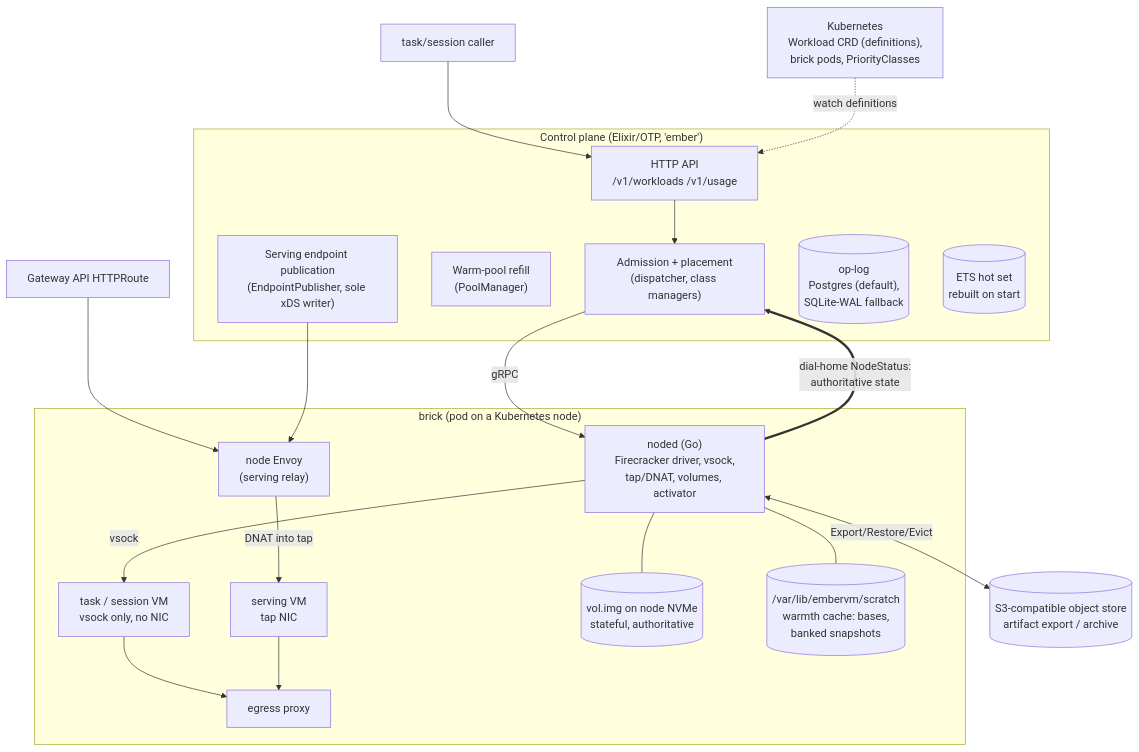
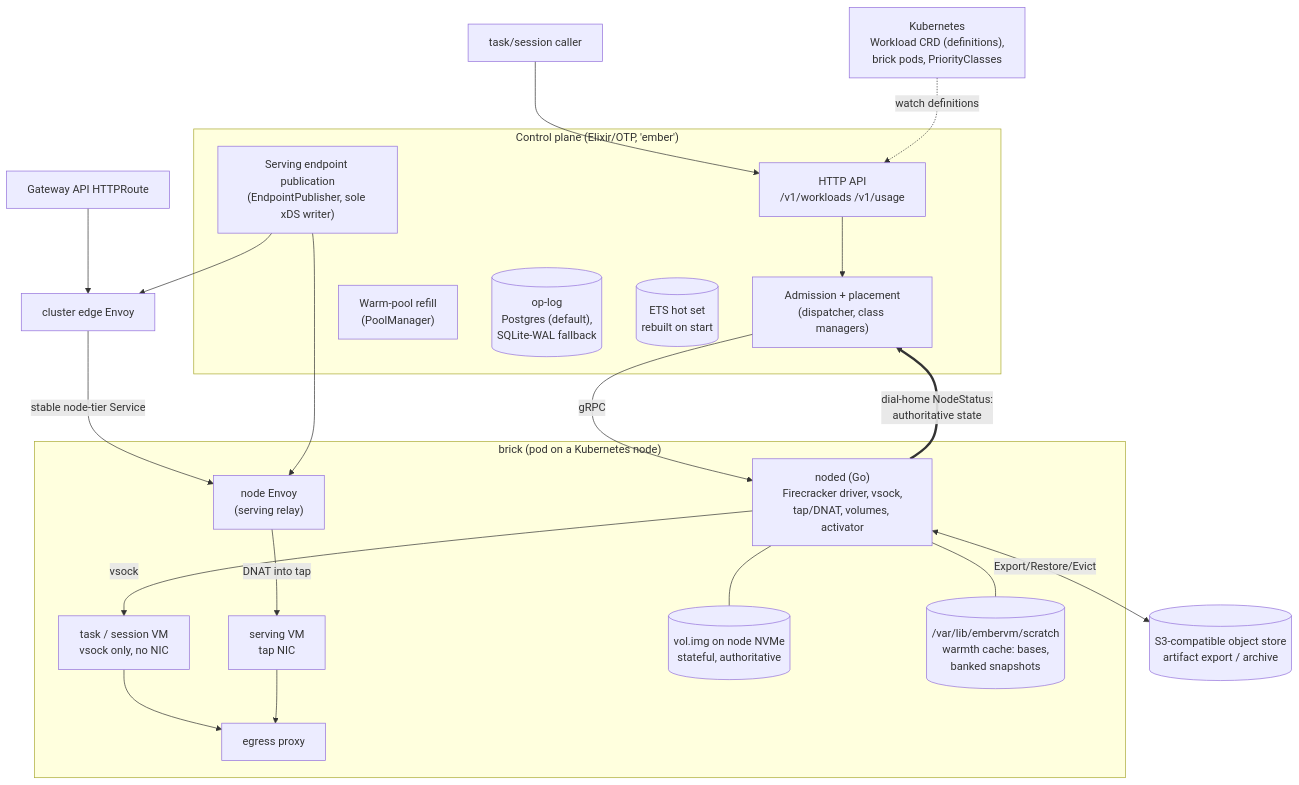
The first of 6 diagrams in projects/embervm/ARCHITECTURE.md (jomcgi-org/homelab), drawn with Mermaid before and after one commit. The commit also changed other lines of this file and 16 other files, not shown here.

Commit message:
feat(embervm): add cluster-serving edge tier

````diff
--- a/projects/embervm/ARCHITECTURE.md
+++ b/projects/embervm/ARCHITECTURE.md
@@ -122,37 +122,38 @@
 ```mermaid
 graph TB
     subgraph cp ["Control plane (Elixir/OTP, 'ember')"]
         API["HTTP API<br/>/v1/workloads /v1/usage"]
         DISP["Admission + placement<br/>(dispatcher, class managers)"]
         POOL["Warm-pool refill<br/>(PoolManager)"]
         XDS["Serving endpoint publication<br/>(EndpointPublisher, sole xDS writer)"]
         OPLOG[("op-log<br/>Postgres (default),<br/>SQLite-WAL fallback")]
         ETS[("ETS hot set<br/>rebuilt on start")]
     end
 
     subgraph node ["brick (pod on a Kubernetes node)"]
         NODED["noded (Go)<br/>Firecracker driver, vsock,<br/>tap/DNAT, volumes, activator"]
         ENVOY["node Envoy<br/>(serving relay)"]
         PROXY["egress proxy"]
         VM1["task / session VM<br/>vsock only, no NIC"]
         VM2["serving VM<br/>tap NIC"]
         VOL[("vol.img on node NVMe<br/>stateful, authoritative")]
         SCRATCH[("/var/lib/embervm/scratch<br/>warmth cache: bases,<br/>banked snapshots")]
     end
 
     S3[("S3-compatible object store<br/>artifact export / archive")]
     K8S["Kubernetes<br/>Workload CRD (definitions),<br/>brick pods, PriorityClasses"]
 
     CALLER["task/session caller"] --> API
     API --> DISP -->|gRPC| NODED
     NODED -->|vsock| VM1
-    EDGE["Gateway API HTTPRoute"] --> ENVOY
-    XDS --> ENVOY
+    GATEWAY["Gateway API HTTPRoute"] --> EDGE["cluster edge Envoy"]
+    EDGE -->|stable node-tier Service| ENVOY
+    XDS --> EDGE & ENVOY
     ENVOY -->|DNAT into tap| VM2
     VM1 --> PROXY
     VM2 --> PROXY
     NODED ==>|dial-home NodeStatus:<br/>authoritative state| DISP
     NODED <-->|Export/Restore/Evict| S3
     NODED --- VOL & SCRATCH
     K8S -.->|watch definitions| API
 ```
````
